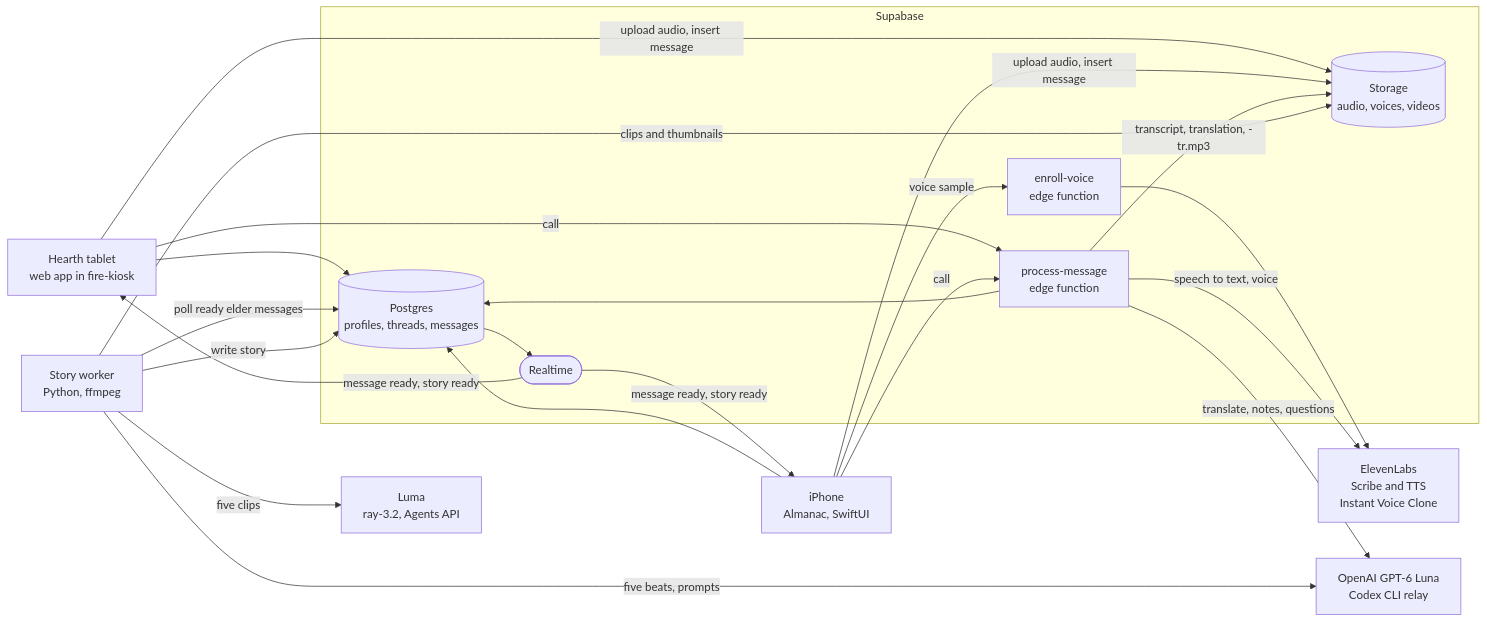
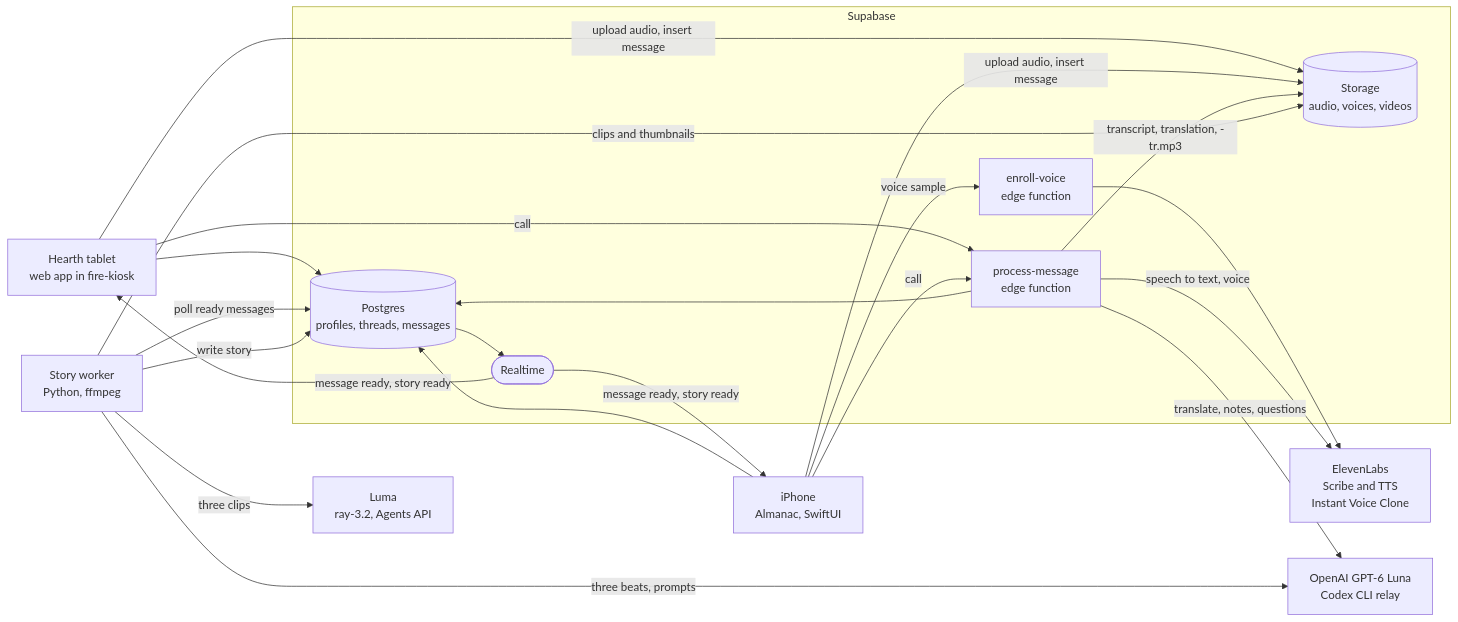
One commit to advegaf/kinn changed the diagram in docs/ARCHITECTURE.md. Above: the diagram before and after it, drawn with Mermaid. The commit also changed other lines of this file and 7 other files, not shown here.

````diff
--- a/docs/ARCHITECTURE.md
+++ b/docs/ARCHITECTURE.md
@@ -7,39 +7,39 @@
 ```mermaid
 flowchart LR
   hearth["Hearth tablet<br/>web app in fire-kiosk"]
   iphone["iPhone<br/>Almanac, SwiftUI"]
 
   subgraph supa["Supabase"]
     storage[("Storage<br/>audio, voices, videos")]
     db[("Postgres<br/>profiles, threads, messages")]
     rt(["Realtime"])
     pm["process-message<br/>edge function"]
     ev["enroll-voice<br/>edge function"]
   end
 
   worker["Story worker<br/>Python, ffmpeg"]
   el["ElevenLabs<br/>Scribe and TTS<br/>Instant Voice Clone"]
   muse["OpenAI GPT-6 Luna<br/>Codex CLI relay"]
   luma["Luma<br/>ray-3.2, Agents API"]
 
   hearth -- "upload audio, insert message" --> storage
   hearth --> db
   iphone -- "upload audio, insert message" --> storage
   iphone --> db
   hearth -- "call" --> pm
   iphone -- "call" --> pm
   iphone -- "voice sample" --> ev
   ev --> el
   pm -- "speech to text, voice" --> el
   pm -- "translate, notes, questions" --> muse
   pm -- "transcript, translation, -tr.mp3" --> storage
   pm --> db
-  worker -- "poll ready elder messages" --> db
-  worker -- "five beats, prompts" --> muse
-  worker -- "five clips" --> luma
+  worker -- "poll ready messages" --> db
+  worker -- "three beats, prompts" --> muse
+  worker -- "three clips" --> luma
   worker -- "clips and thumbnails" --> storage
   worker -- "write story" --> db
   db --> rt
   rt -- "message ready, story ready" --> hearth
   rt -- "message ready, story ready" --> iphone
 ```
````
